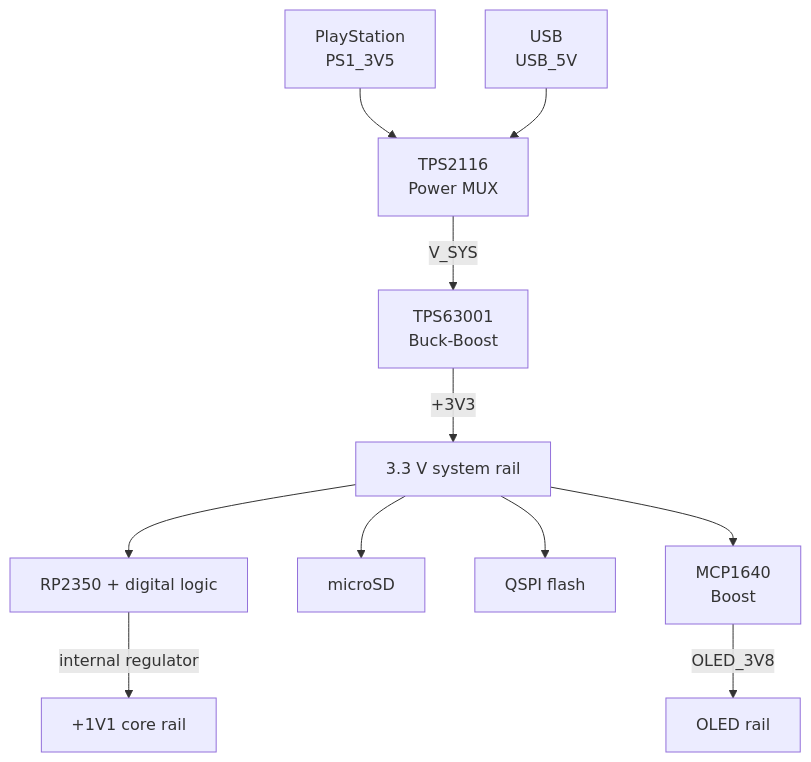
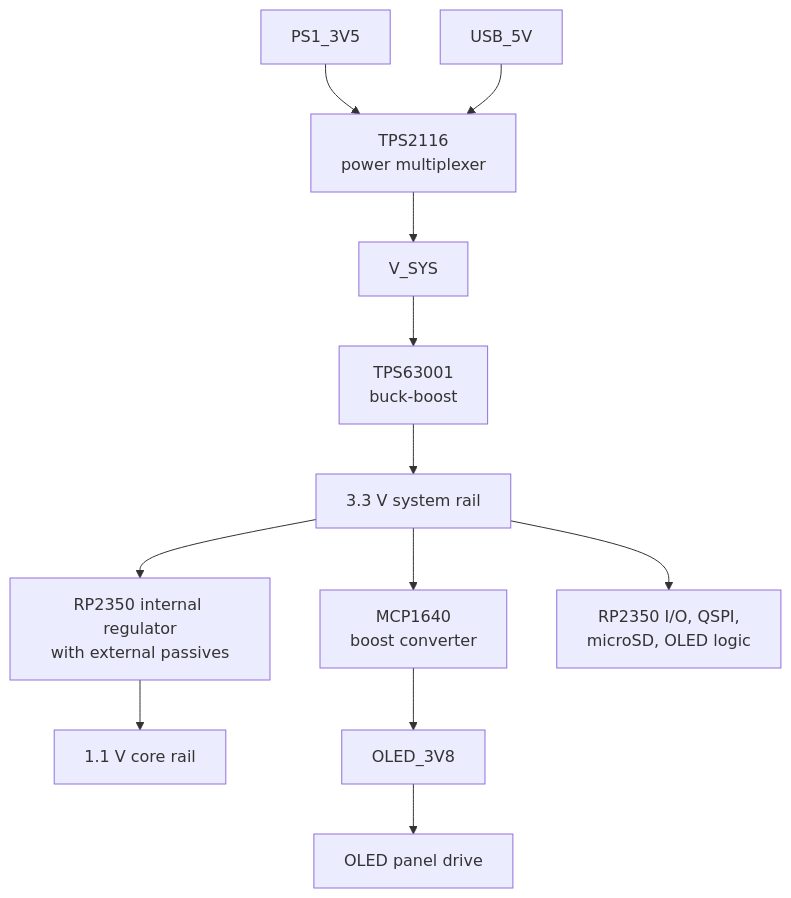
Before and after one commit to Blachovsky/PS-microCard: the second of 2 diagrams in docs/hardware.md, drawn with Mermaid. The commit also changed other lines of this file and 8 other files, not shown here.

````diff
--- a/docs/hardware.md
+++ b/docs/hardware.md
@@ -42,17 +115,22 @@
 ```mermaid
-flowchart TD
-    PS1P[PlayStation<br/>PS1_3V5] --> MUX[TPS2116<br/>Power MUX]
-    USBP[USB<br/>USB_5V] --> MUX
+flowchart TB
+    PS1P["PS1_3V5"]
+    USBP["USB_5V"]
+    MUX["TPS2116<br/>power multiplexer"]
+    VSYS["V_SYS"]
+    BB["TPS63001<br/>buck-boost"]
+    SYS["3.3 V system rail"]
+    VREG["RP2350 internal regulator<br/>with external passives"]
+    CORE["1.1 V core rail"]
+    BOOST["MCP1640<br/>boost converter"]
+    OLEDV["OLED_3V8"]
+    LOADS["RP2350 I/O, QSPI,<br/>microSD, OLED logic"]
+    PANEL["OLED panel drive"]
 
-    MUX -->|V_SYS| BB[TPS63001<br/>Buck-Boost]
-    BB -->|+3V3| SYS[3.3 V system rail]
-
-    SYS --> MCU[RP2350 + digital logic]
-    SYS --> SD[microSD]
-    SYS --> FLASH[QSPI flash]
-
-    SYS --> BOOST[MCP1640<br/>Boost]
-    BOOST -->|OLED_3V8| OLED[OLED rail]
-
-    MCU -->|internal regulator| CORE[+1V1 core rail]
+    PS1P --> MUX
+    USBP --> MUX
+    MUX --> VSYS --> BB --> SYS
+    SYS --> LOADS
+    SYS --> VREG --> CORE
+    SYS --> BOOST --> OLEDV --> PANEL
 ```
````
